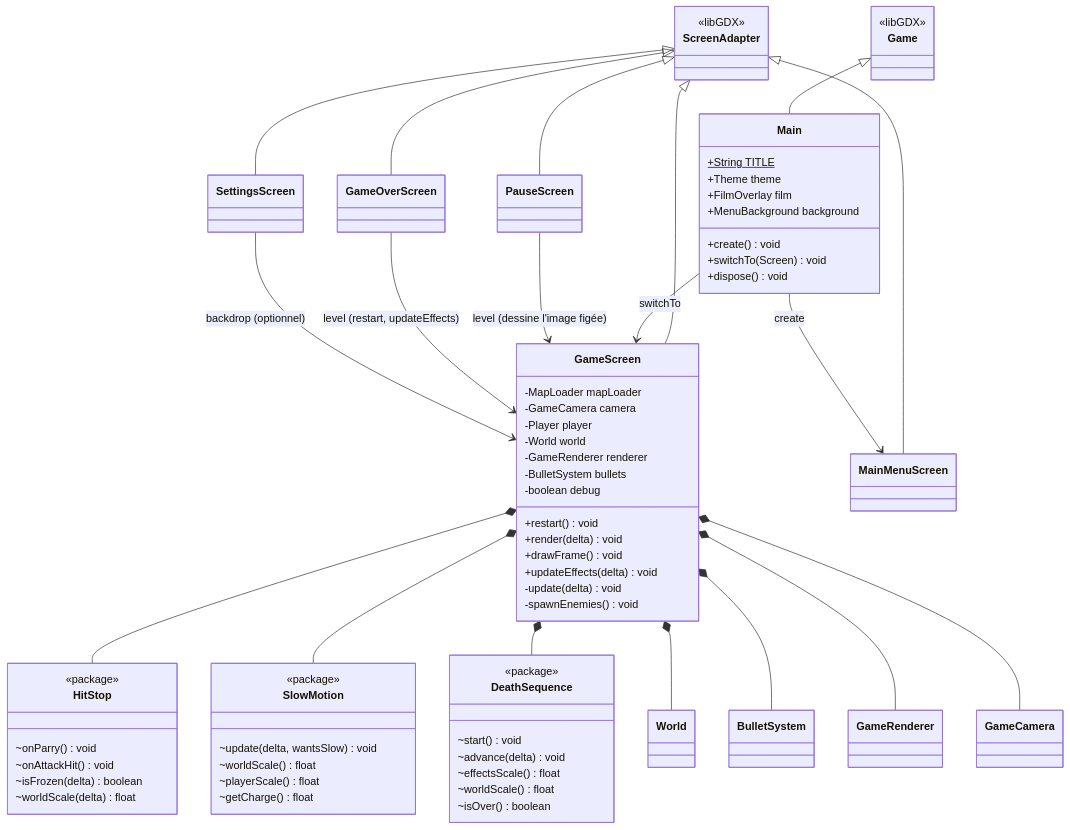
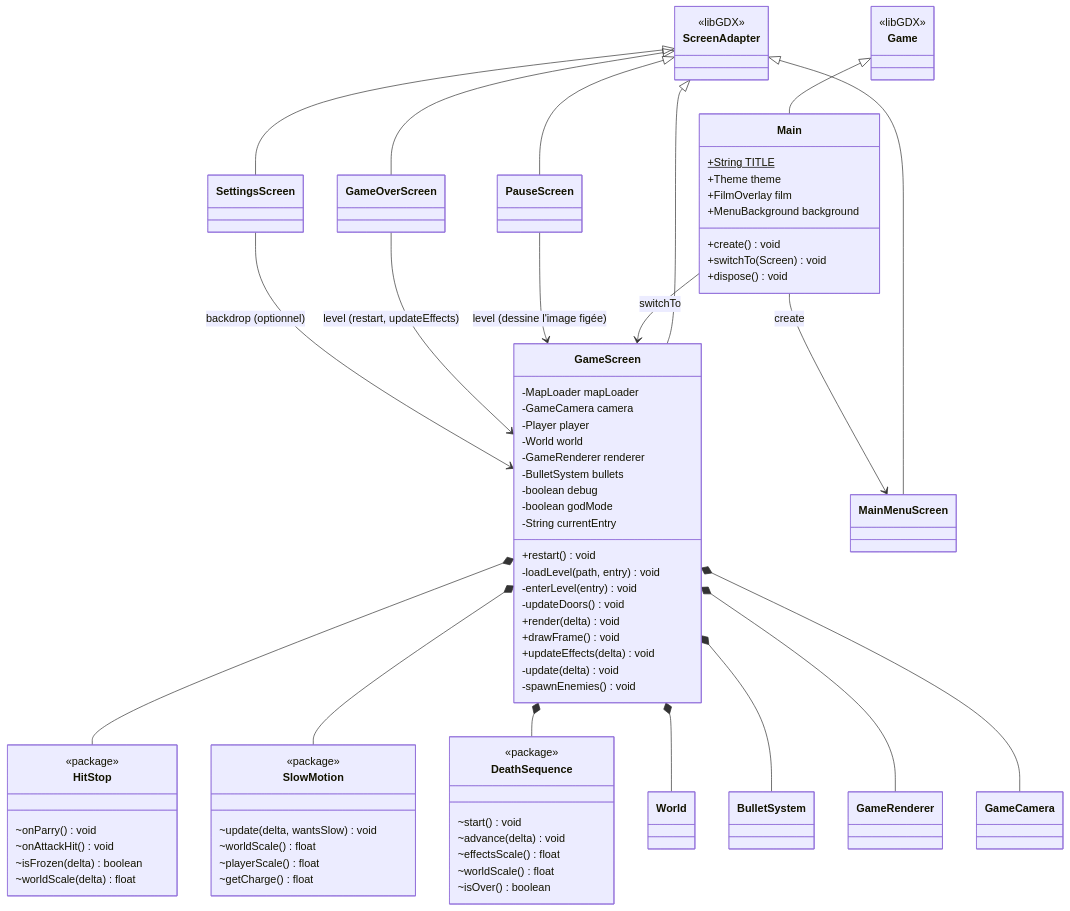
One commit to pixel-chrome/2D_game changed the sixth of 15 diagrams in docs/UML.md. Above: the diagram before and after it, drawn with Mermaid. The commit also changed other lines of this file and 6 other files, not shown here.

```diff
--- a/docs/UML.md
+++ b/docs/UML.md
@@ -498,7 +519,12 @@
         -GameRenderer renderer
         -BulletSystem bullets
         -boolean debug
+        -boolean godMode
+        -String currentEntry
         +restart() void
+        -loadLevel(path, entry) void
+        -enterLevel(entry) void
+        -updateDoors() void
         +render(delta) void
         +drawFrame() void
         +updateEffects(delta) void
```
